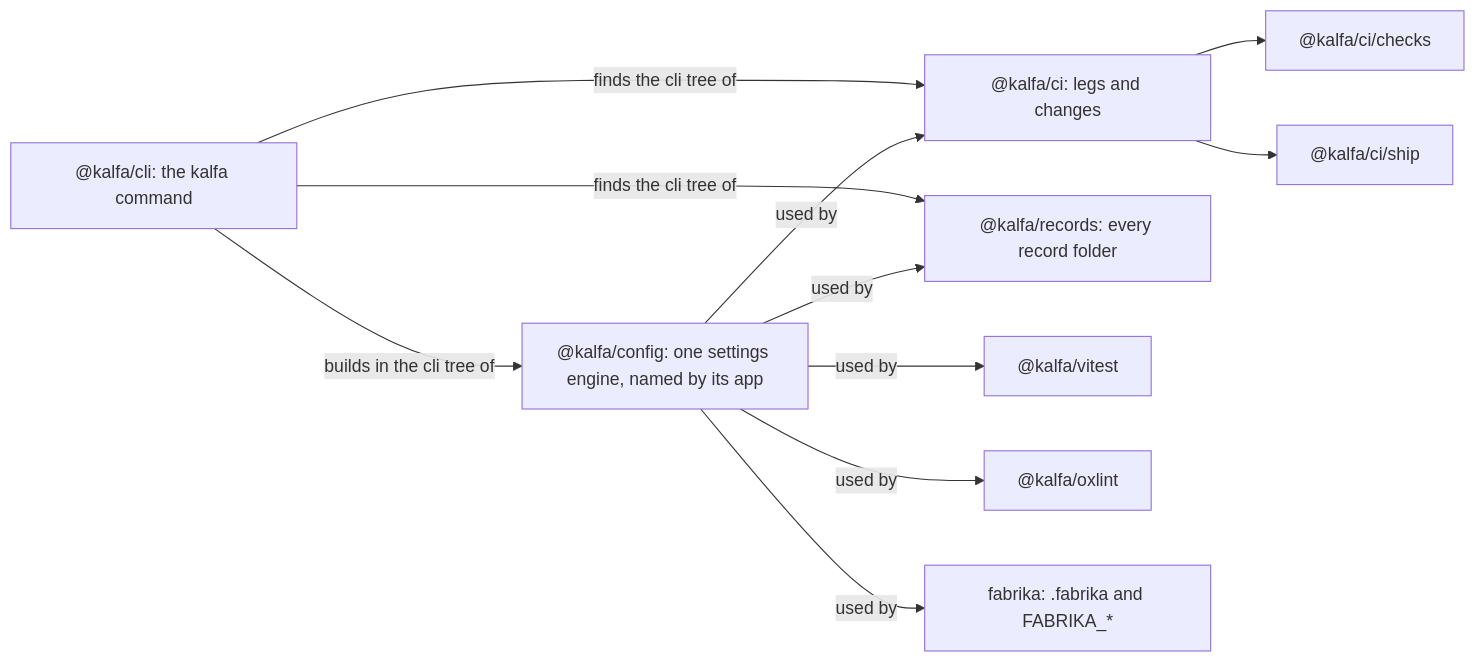
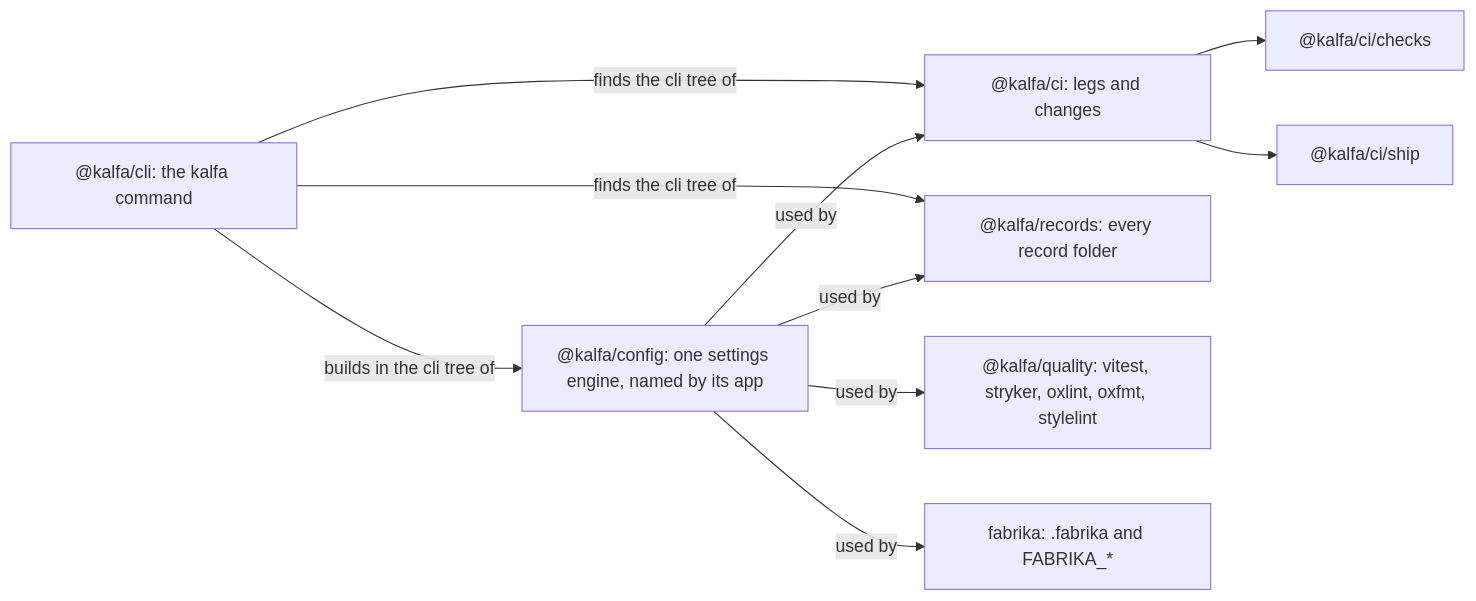
Before and after one commit to kamp-us/tea-fabrika: the diagram in .decisions/0585-kalfa-is-six-domain-packages.md, drawn with Mermaid. The commit also changed other lines of this file and 14 other files, not shown here.

````diff
--- a/.decisions/0585-kalfa-is-six-domain-packages.md
+++ b/.decisions/0585-kalfa-is-six-domain-packages.md
@@ -11,22 +11,20 @@
 ```mermaid
 flowchart LR
   cli["@kalfa/cli: the kalfa command"]
   config["@kalfa/config: one settings engine, named by its app"]
   ci["@kalfa/ci: legs and changes"]
   checks["@kalfa/ci/checks"]
   ship["@kalfa/ci/ship"]
   records["@kalfa/records: every record folder"]
-  vitest["@kalfa/vitest"]
-  oxlint["@kalfa/oxlint"]
+  quality["@kalfa/quality: vitest, stryker, oxlint, oxfmt, stylelint"]
   fabrika["fabrika: .fabrika and FABRIKA_*"]
   cli -->|builds in the cli tree of| config
   cli -->|finds the cli tree of| ci
   cli -->|finds the cli tree of| records
   ci --> checks
   ci --> ship
   config -->|used by| fabrika
   config -->|used by| ci
   config -->|used by| records
-  config -->|used by| vitest
-  config -->|used by| oxlint
+  config -->|used by| quality
 ```
````
